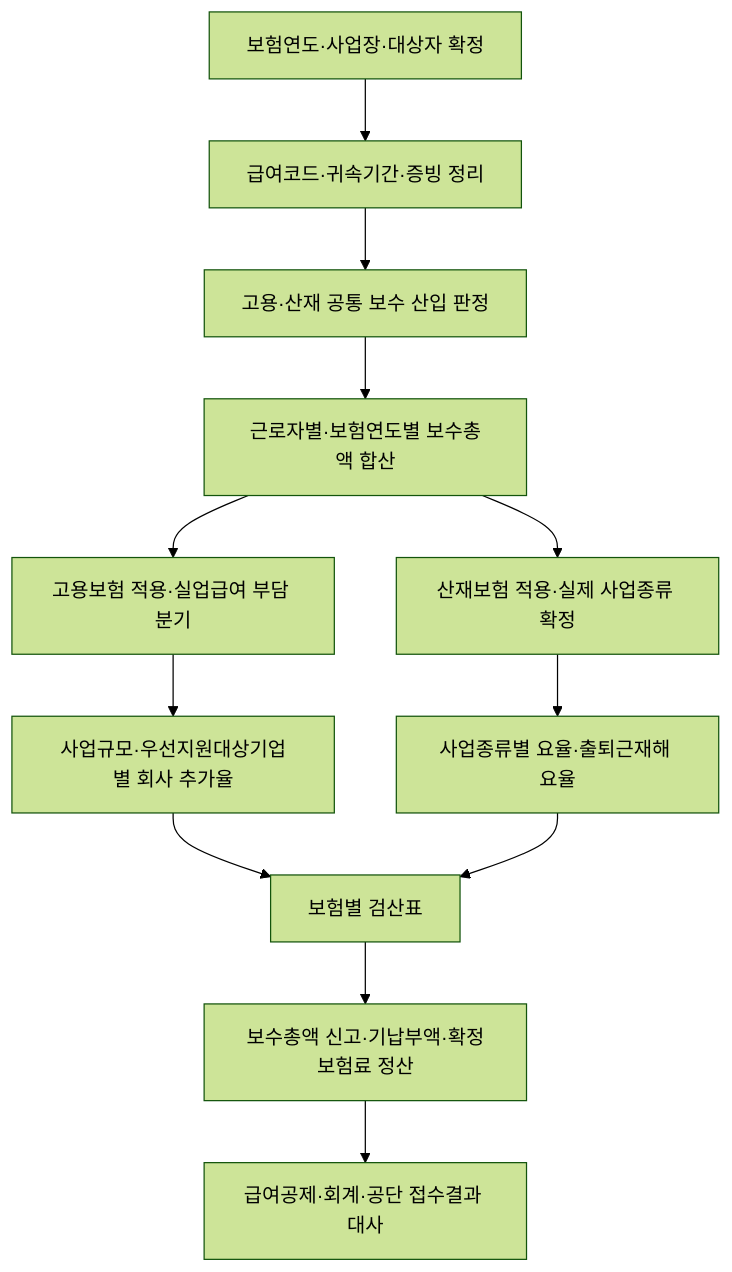
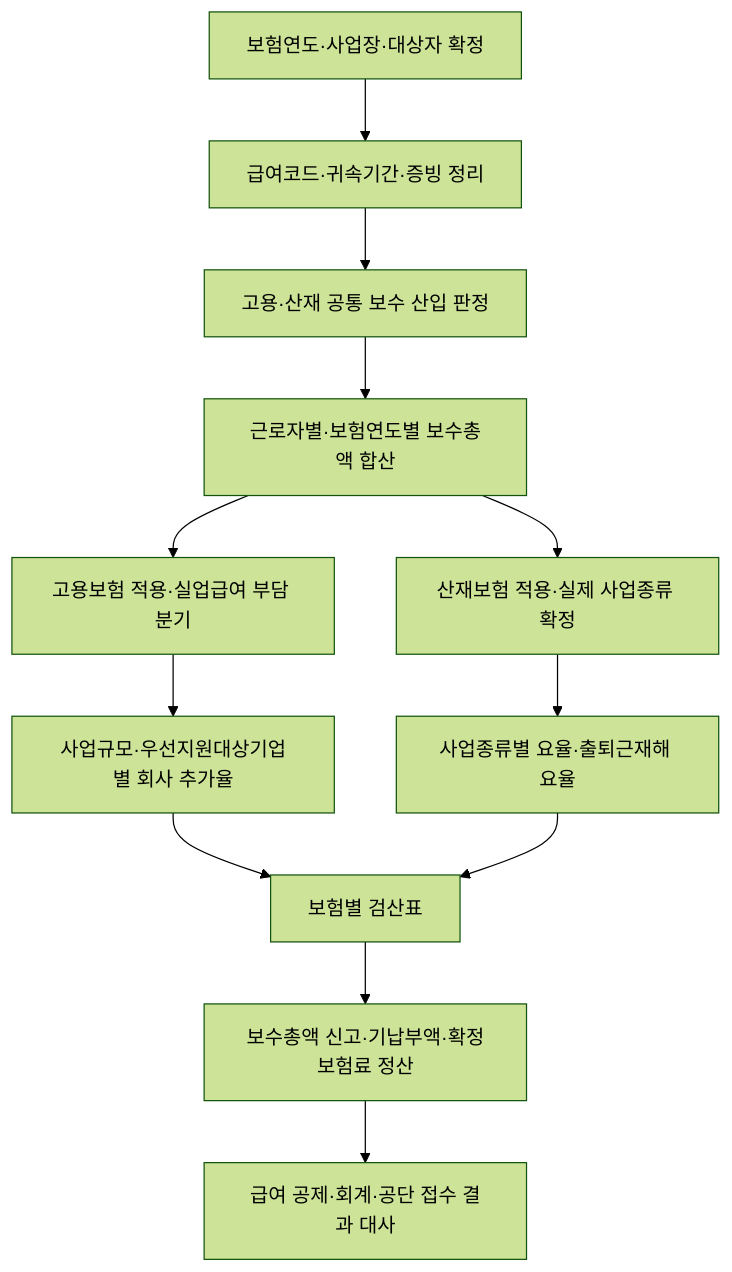
The diagram in wiki/guides/고용·산재보험 보수총액·확정보험료 정산 가이드.md (YgHnSIM/Wage_Wiki), drawn with Mermaid (forest theme) before and after one commit. The commit also changed other lines of this file and 166 other files, not shown here.

````diff
--- a/wiki/guides/고용·산재보험 보수총액·확정보험료 정산 가이드.md
+++ b/wiki/guides/고용·산재보험 보수총액·확정보험료 정산 가이드.md
@@ -189,14 +189,14 @@
 ```mermaid
 flowchart TD
   A[보험연도·사업장·대상자 확정] --> B[급여코드·귀속기간·증빙 정리]
   B --> C[고용·산재 공통 보수 산입 판정]
   C --> D[근로자별·보험연도별 보수총액 합산]
   D --> E[고용보험 적용·실업급여 부담 분기]
   E --> F[사업규모·우선지원대상기업별 회사 추가율]
   D --> G[산재보험 적용·실제 사업종류 확정]
   G --> H[사업종류별 요율·출퇴근재해 요율]
   F --> I[보험별 검산표]
   H --> I
   I --> J[보수총액 신고·기납부액·확정보험료 정산]
-  J --> K[급여공제·회계·공단 접수결과 대사]
+  J --> K[급여 공제·회계·공단 접수 결과 대사]
 ```
````
